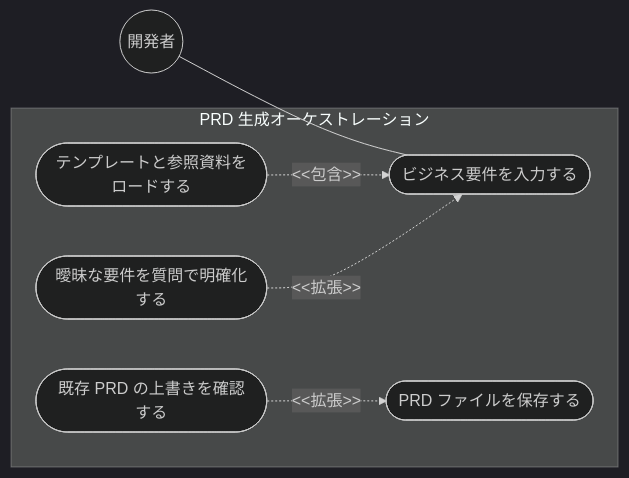
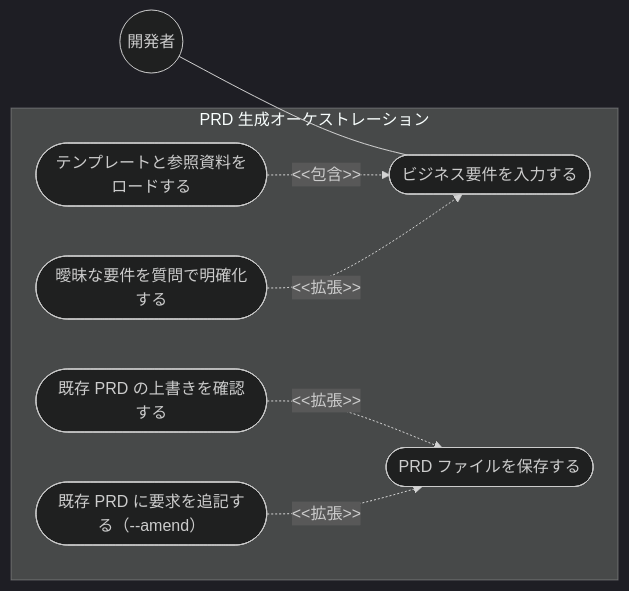
One commit to ToshikiImagawa/ai-sdd-workflow-dev changed the second of 4 diagrams in .sdd/requirement/prd-generation.md. Above: the diagram before and after it, drawn with Mermaid. The commit also changed other lines of this file and 12 other files, not shown here.

First line of the commit message:
[add] generate-prd に既存PRDへの --amend 追記モードを追加 (#101)

````diff
--- a/.sdd/requirement/prd-generation.md
+++ b/.sdd/requirement/prd-generation.md
@@ -83,18 +83,20 @@
 ```mermaid
 %%{init: {'theme': 'dark'}}%%
 flowchart LR
     Developer((開発者))
 
     subgraph Orchestration["PRD 生成オーケストレーション"]
         InputReq([ビジネス要件を入力する])
         LoadTemplate([テンプレートと参照資料をロードする])
         ClarifyReq([曖昧な要件を質問で明確化する])
         ConfirmOverwrite([既存 PRD の上書きを確認する])
+        AmendExisting([既存 PRD に要求を追記する（--amend）])
         SavePrd([PRD ファイルを保存する])
     end
 
     Developer --- InputReq
     LoadTemplate -.->|"<<包含>>"| InputReq
     ClarifyReq -.->|"<<拡張>>"| InputReq
     ConfirmOverwrite -.->|"<<拡張>>"| SavePrd
+    AmendExisting -.->|"<<拡張>>"| SavePrd
 ```
````
